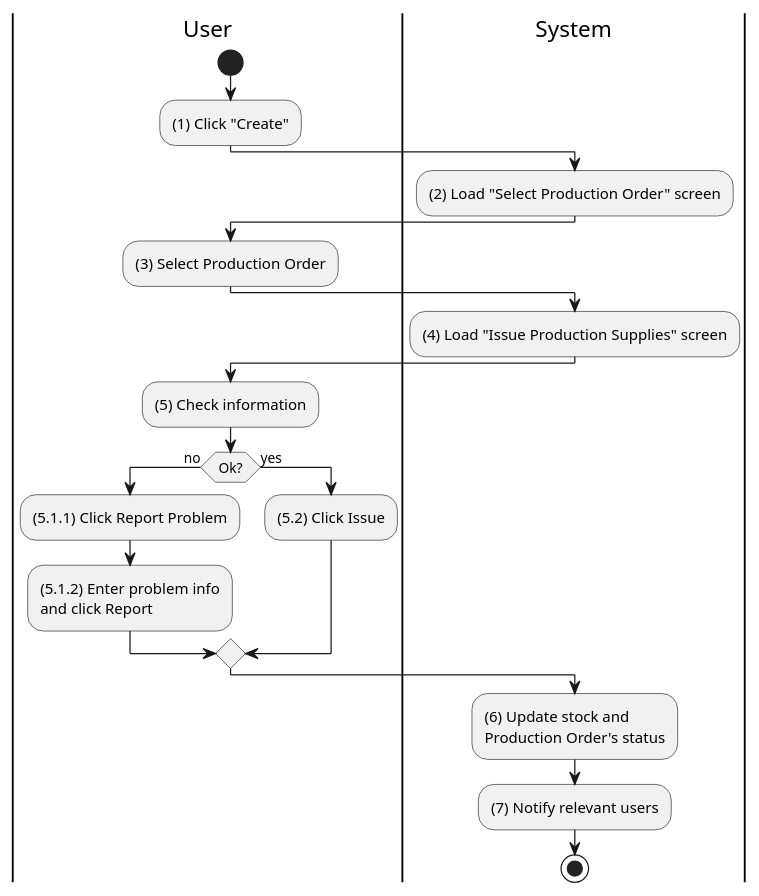
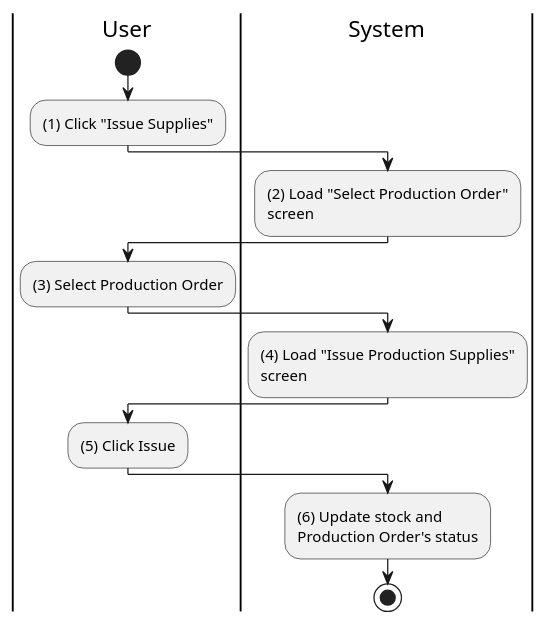
Before and after one commit to phihungha/scmss-reqs: the diagram in activities/inventory-supply-issue.plantuml, drawn with PlantUML. The commit also changed 17 other files, not shown here.

Commit message:
Improve inventory sequences

```diff
--- a/activities/inventory-supply-issue.plantuml
+++ b/activities/inventory-supply-issue.plantuml
@@ -1,34 +1,24 @@
 @startuml inventory-supply-issue
 |u|User
 |s|System
 
 |u|
 start
-:(1) Click "Create";
+:(1) Click "Issue Supplies";
 
 |s|
-:(2) Load "Select Production Order" screen;
+:(2) Load "Select Production Order"\nscreen;
 
 |u|
 :(3) Select Production Order;
 
 |s|
-:(4) Load "Issue Production Supplies" screen;
+:(4) Load "Issue Production Supplies"\nscreen;
 
 |u|
-:(5) Check information;
-
-if (Ok?) then (no)
-    |u|
-    :(5.1.1) Click Report Problem;
-    :(5.1.2) Enter problem info\nand click Report;
-else (yes)
-    |u|
-    :(5.2) Click Issue;
-endif
+:(5) Click Issue;
 
 |s|
 :(6) Update stock and\nProduction Order's status;
-:(7) Notify relevant users;
 stop
 @enduml
```
